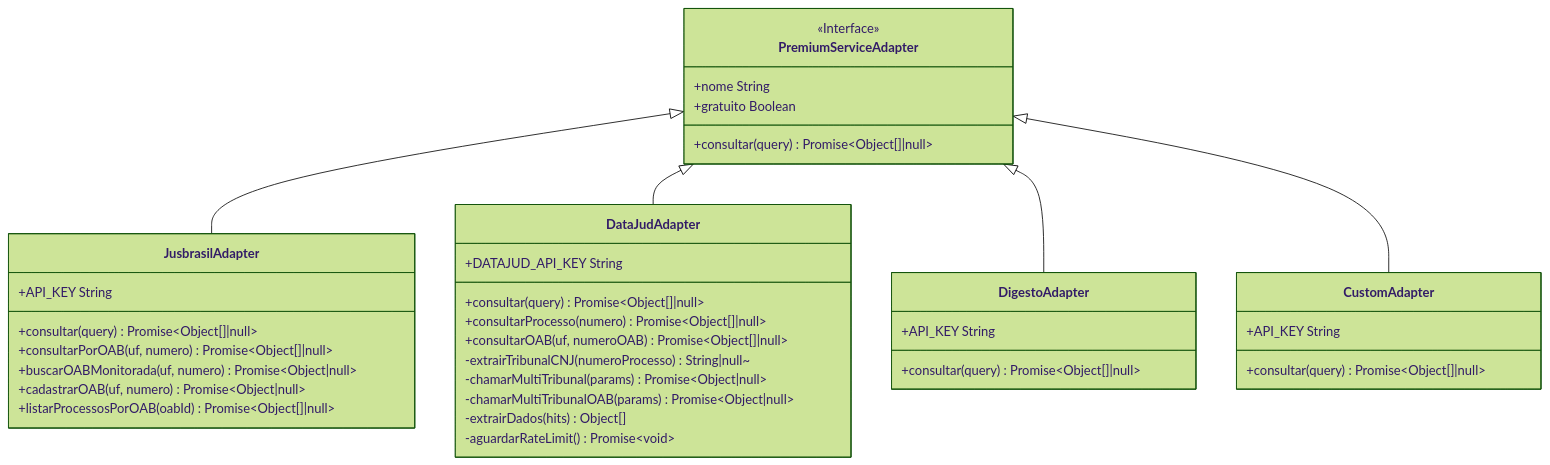
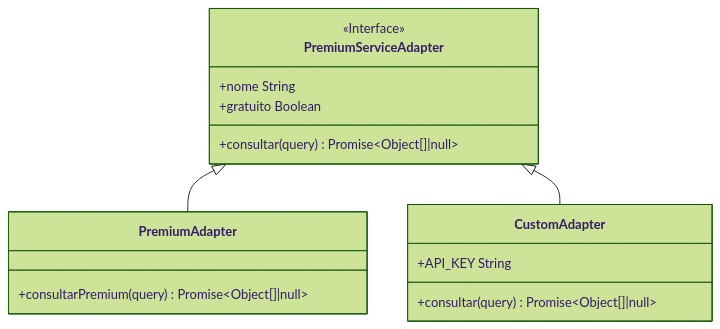
One commit to Alexandrexicara/bot-processos changed the fifth of 12 diagrams in .qoder/repowiki/en/content/API Integration Layer/API Integration Layer.md. Above: the diagram before and after it, drawn with Mermaid (forest theme). The commit also changed other lines of this file and 6 other files, not shown here.

````diff
--- a/.qoder/repowiki/en/content/API Integration Layer/API Integration Layer.md
+++ b/.qoder/repowiki/en/content/API Integration Layer/API Integration Layer.md
@@ -314,40 +284,18 @@
 ```mermaid
 classDiagram
 class PremiumServiceAdapter {
 <<Interface>>
 +nome String
 +gratuito Boolean
 +consultar(query) Promise~Object[]|null~
 }
-class JusbrasilAdapter {
-+API_KEY String
-+consultar(query) Promise~Object[]|null~
-+consultarPorOAB(uf, numero) Promise~Object[]|null~
-+buscarOABMonitorada(uf, numero) Promise~Object|null~
-+cadastrarOAB(uf, numero) Promise~Object|null~
-+listarProcessosPorOAB(oabId) Promise~Object[]|null~
-}
-class DataJudAdapter {
-+DATAJUD_API_KEY String
-+consultar(query) Promise~Object[]|null~
-+consultarProcesso(numero) Promise~Object[]|null~
-+consultarOAB(uf, numeroOAB) Promise~Object[]|null~
--extrairTribunalCNJ(numeroProcesso) String|null~
--chamarMultiTribunal(params) Promise~Object|null~
--chamarMultiTribunalOAB(params) Promise~Object|null~
--extrairDados(hits) Object[]
--aguardarRateLimit() Promise~void~
-}
-class DigestoAdapter {
-+API_KEY String
-+consultar(query) Promise~Object[]|null~
+class PremiumAdapter {
++consultarPremium(query) Promise~Object[]|null~
 }
 class CustomAdapter {
 +API_KEY String
 +consultar(query) Promise~Object[]|null~
 }
-PremiumServiceAdapter <|-- JusbrasilAdapter
-PremiumServiceAdapter <|-- DataJudAdapter
-PremiumServiceAdapter <|-- DigestoAdapter
+PremiumServiceAdapter <|-- PremiumAdapter
 PremiumServiceAdapter <|-- CustomAdapter
 ```
````
